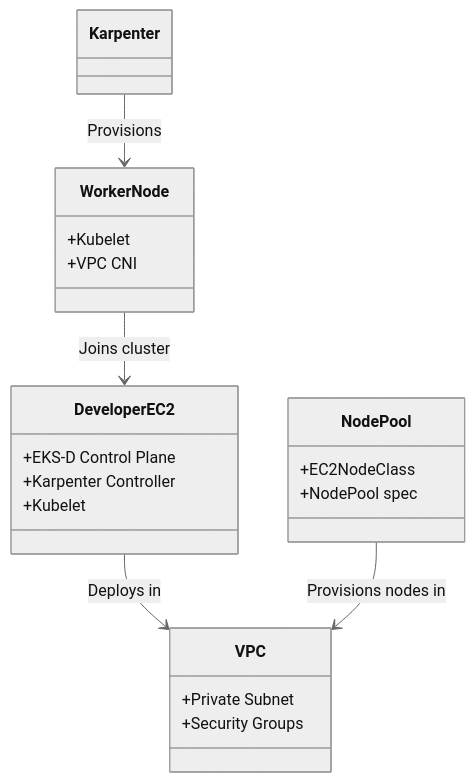
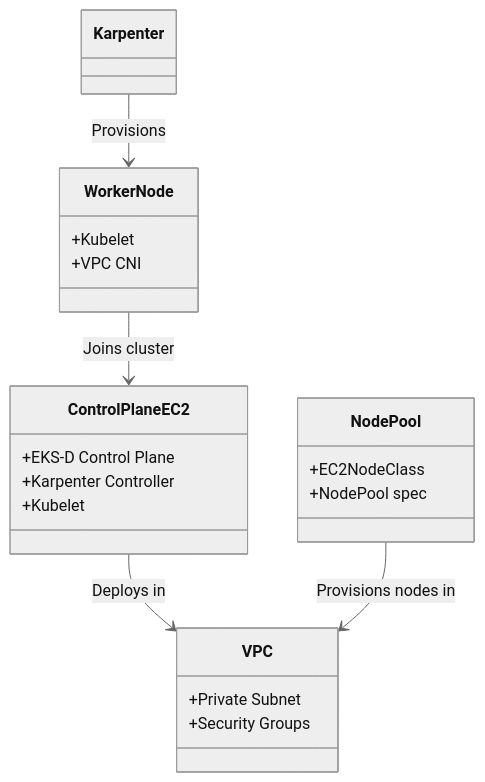
Before and after one commit to plasticity-of-cloud/eks-d-xpress: the diagram in docs/user-guides/components.md, drawn with Mermaid (neutral theme). The commit also changed other lines of this file and 17 other files, not shown here.

````diff
--- a/docs/user-guides/components.md
+++ b/docs/user-guides/components.md
@@ -106,28 +106,28 @@
 ```mermaid
 classDiagram
-    class DeveloperEC2 {
+    class ControlPlaneEC2 {
         +EKS-D Control Plane
         +Karpenter Controller
         +Kubelet
     }
-    
+
     class WorkerNode {
         +Kubelet
         +VPC CNI
     }
-    
+
     class NodePool {
         +EC2NodeClass
         +NodePool spec
     }
-    
+
     class VPC {
         +Private Subnet
         +Security Groups
     }
-    
-    DeveloperEC2 --> VPC: Deploys in
+
+    ControlPlaneEC2 --> VPC: Deploys in
     NodePool --> VPC: Provisions nodes in
-    WorkerNode --> DeveloperEC2: Joins cluster
+    WorkerNode --> ControlPlaneEC2: Joins cluster
     Karpenter --> WorkerNode: Provisions
 ```
````
